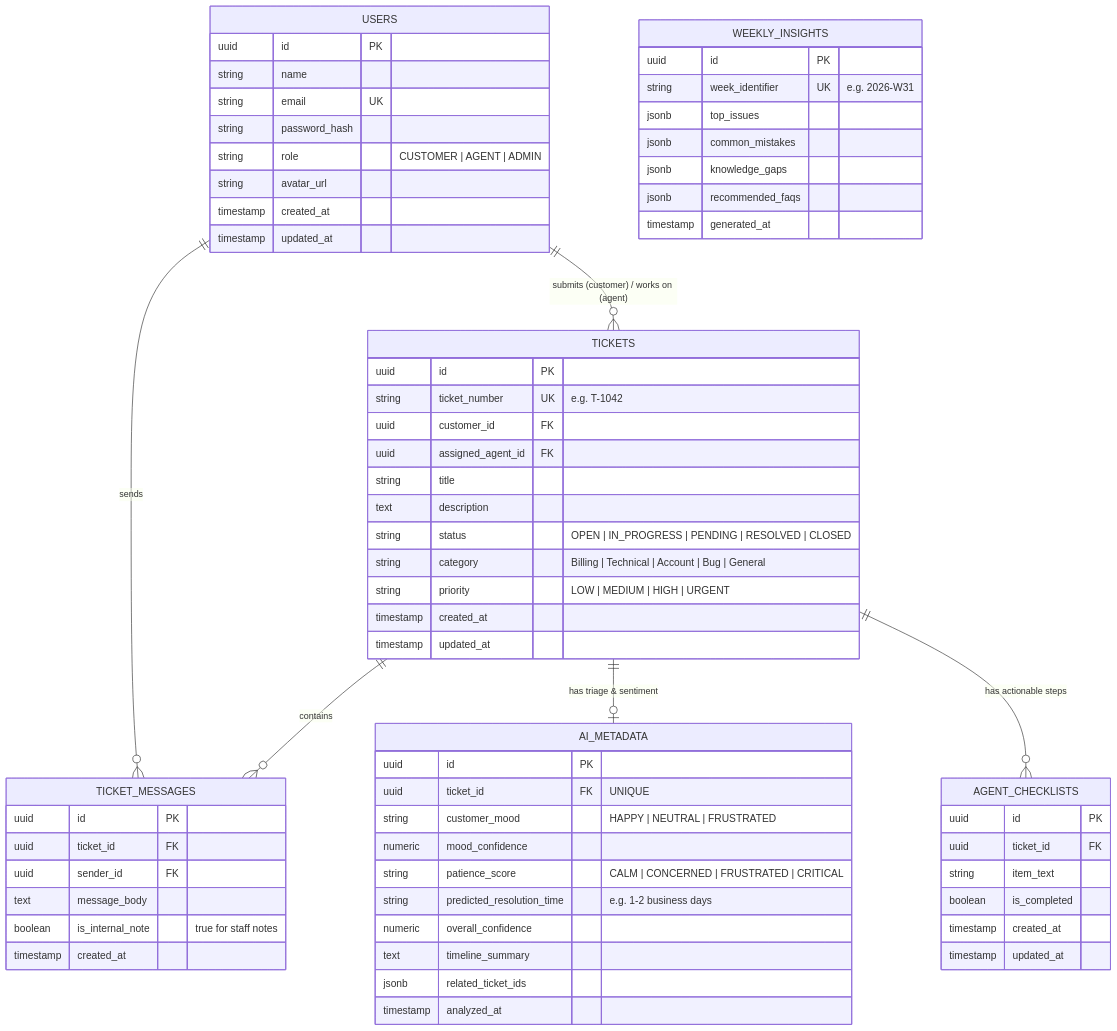
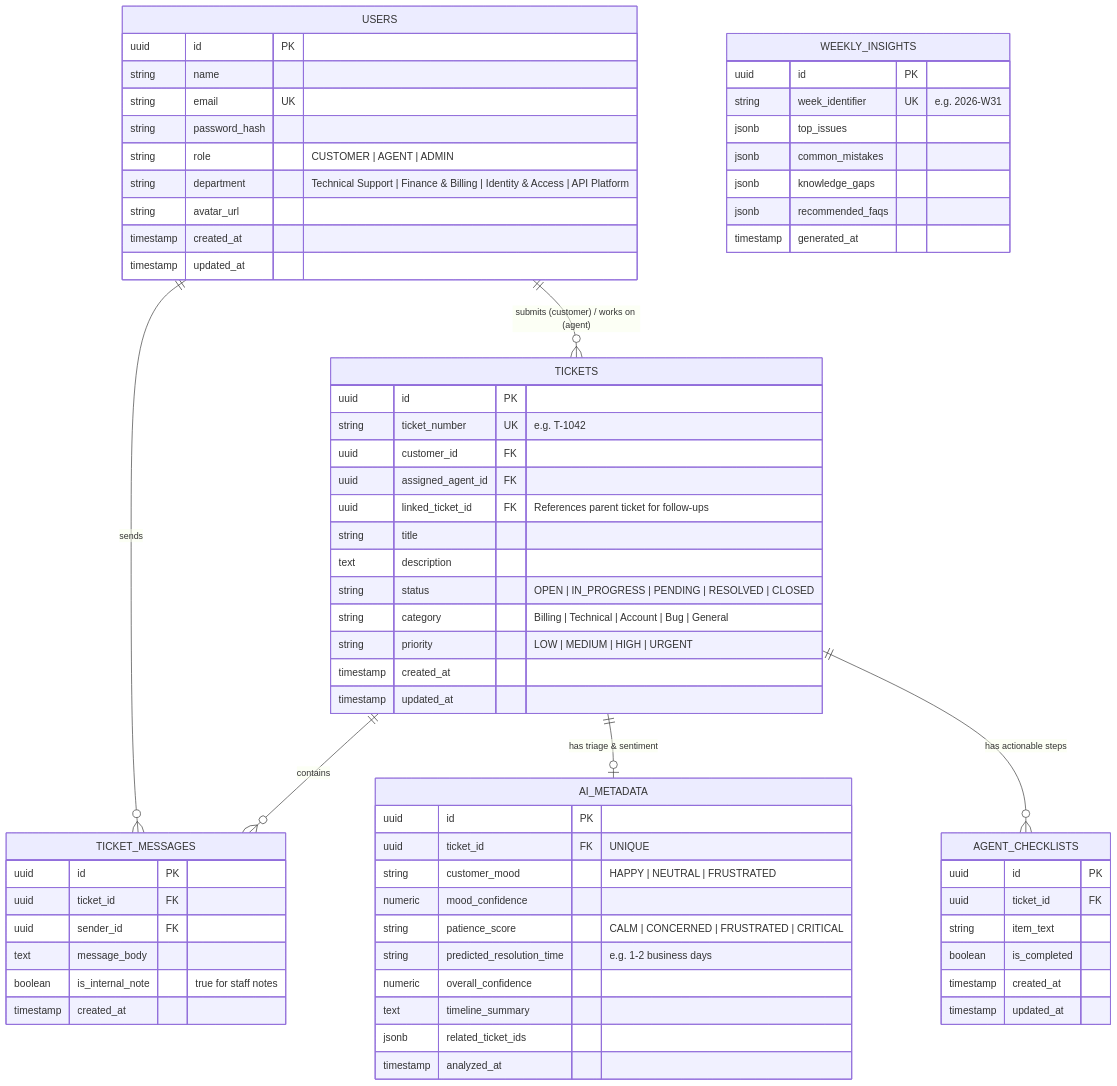
One commit to ByteLounge/SupportSenseAI changed the second of 3 diagrams in docs/TEAM_BACKEND_DEVOPS_GUIDE.md. Above: the diagram before and after it, drawn with Mermaid. The commit also changed other lines of this file and 14 other files, not shown here.

````diff
--- a/docs/TEAM_BACKEND_DEVOPS_GUIDE.md
+++ b/docs/TEAM_BACKEND_DEVOPS_GUIDE.md
@@ -83,74 +83,76 @@
 ```mermaid
 erDiagram
     USERS ||--o{ TICKETS : "submits (customer) / works on (agent)"
     USERS ||--o{ TICKET_MESSAGES : "sends"
     TICKETS ||--o{ TICKET_MESSAGES : "contains"
     TICKETS ||--o| AI_METADATA : "has triage & sentiment"
     TICKETS ||--o{ AGENT_CHECKLISTS : "has actionable steps"
     
     USERS {
         uuid id PK
         string name
         string email UK
         string password_hash
         string role "CUSTOMER | AGENT | ADMIN"
+        string department "Technical Support | Finance & Billing | Identity & Access | API Platform"
         string avatar_url
         timestamp created_at
         timestamp updated_at
     }
 
     TICKETS {
         uuid id PK
         string ticket_number UK "e.g. T-1042"
         uuid customer_id FK
         uuid assigned_agent_id FK
+        uuid linked_ticket_id FK "References parent ticket for follow-ups"
         string title
         text description
         string status "OPEN | IN_PROGRESS | PENDING | RESOLVED | CLOSED"
         string category "Billing | Technical | Account | Bug | General"
         string priority "LOW | MEDIUM | HIGH | URGENT"
         timestamp created_at
         timestamp updated_at
     }
 
     TICKET_MESSAGES {
         uuid id PK
         uuid ticket_id FK
         uuid sender_id FK
         text message_body
         boolean is_internal_note "true for staff notes"
         timestamp created_at
     }
 
     AI_METADATA {
         uuid id PK
         uuid ticket_id FK "UNIQUE"
         string customer_mood "HAPPY | NEUTRAL | FRUSTRATED"
         numeric mood_confidence
         string patience_score "CALM | CONCERNED | FRUSTRATED | CRITICAL"
         string predicted_resolution_time "e.g. 1-2 business days"
         numeric overall_confidence
         text timeline_summary
         jsonb related_ticket_ids
         timestamp analyzed_at
     }
 
     AGENT_CHECKLISTS {
         uuid id PK
         uuid ticket_id FK
         string item_text
         boolean is_completed
         timestamp created_at
         timestamp updated_at
     }
 
     WEEKLY_INSIGHTS {
         uuid id PK
         string week_identifier UK "e.g. 2026-W31"
         jsonb top_issues
         jsonb common_mistakes
         jsonb knowledge_gaps
         jsonb recommended_faqs
         timestamp generated_at
     }
 ```
````
